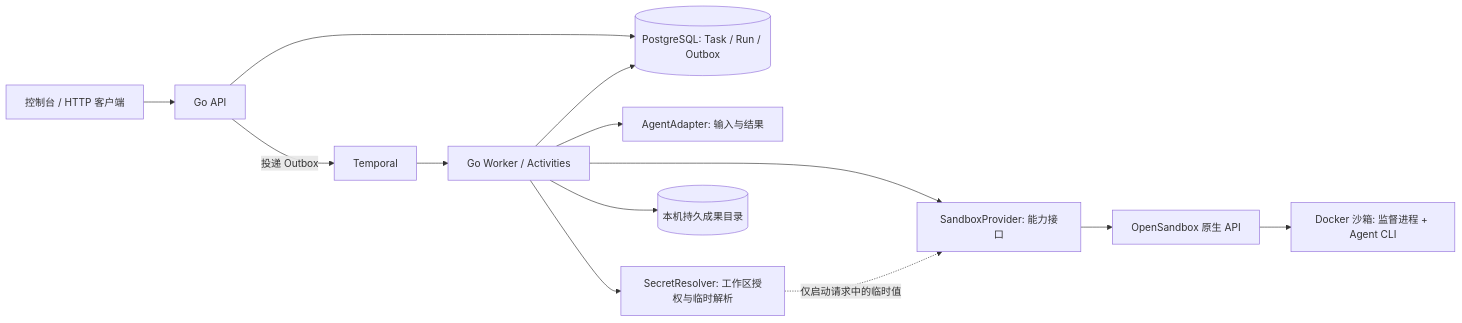
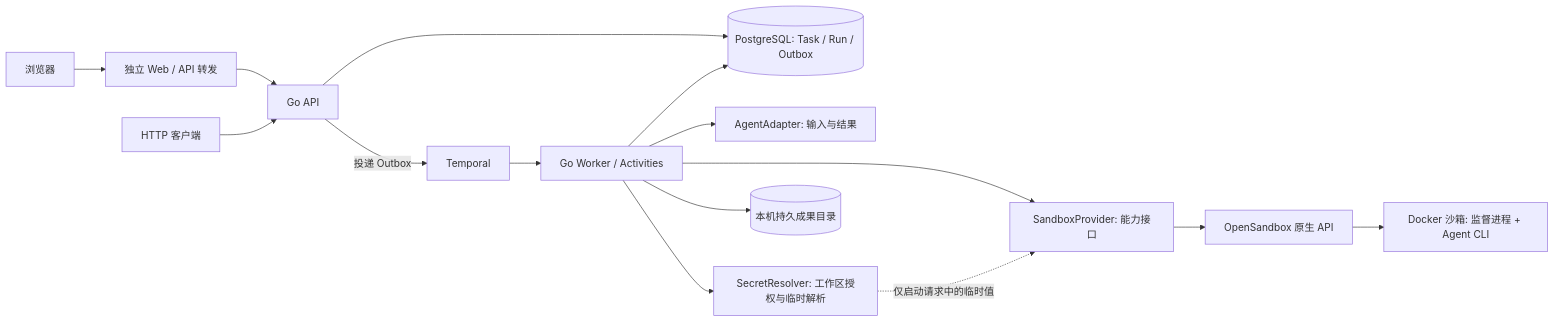
Before and after one commit to yosuang/makez: the first of 2 diagrams in docs/implementation-v0.1.md, drawn with Mermaid. The commit also changed other lines of this file and 35 other files, not shown here.

````diff
--- a/docs/implementation-v0.1.md
+++ b/docs/implementation-v0.1.md
@@ -82,15 +87,17 @@
 ```mermaid
 flowchart LR
-  U[控制台 / HTTP 客户端] --> API[Go API]
+  U[浏览器] --> WEB[独立 Web / API 转发]
+  WEB --> API[Go API]
+  HTTP[HTTP 客户端] --> API
   API --> DB[(PostgreSQL: Task / Run / Outbox)]
   API -->|投递 Outbox| T[Temporal]
   T --> W[Go Worker / Activities]
   W --> DB
   W --> A[AgentAdapter: 输入与结果]
   W --> R[SecretResolver: 工作区授权与临时解析]
   W --> P[SandboxProvider: 能力接口]
   R -.->|仅启动请求中的临时值| P
   P --> O[OpenSandbox 原生 API]
   O --> S[Docker 沙箱: 监督进程 + Agent CLI]
   W --> F[(本机持久成果目录)]
 ```
````
